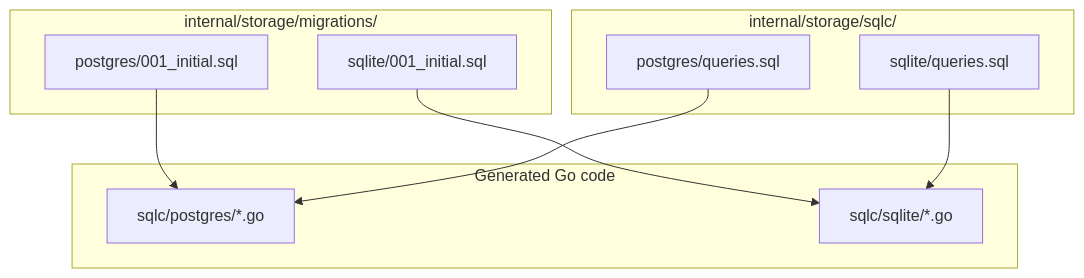
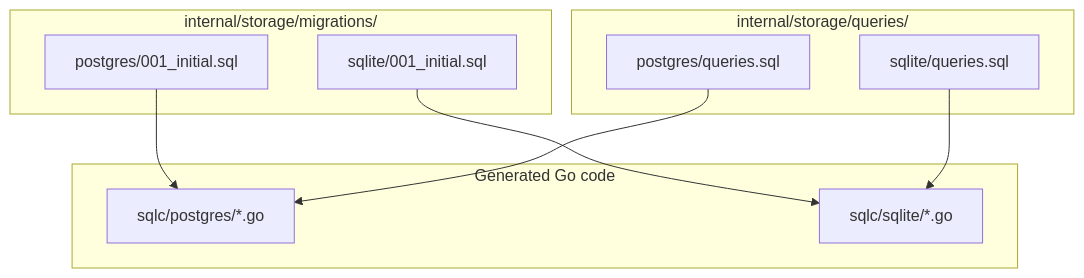
The third of 3 diagrams in docs/migrations.md (griffinskudder/updater), drawn with Mermaid before and after one commit. The commit also changed other lines of this file and 8 other files, not shown here.

````diff
--- a/docs/migrations.md
+++ b/docs/migrations.md
@@ -235,22 +235,22 @@
 ```mermaid
 flowchart TD
     subgraph migrations["internal/storage/migrations/"]
         M1[postgres/001_initial.sql]
         M2[sqlite/001_initial.sql]
     end
 
-    subgraph sqlc_queries["internal/storage/sqlc/"]
+    subgraph sqlc_queries["internal/storage/queries/"]
         Q1[postgres/queries.sql]
         Q2[sqlite/queries.sql]
     end
 
     subgraph generated["Generated Go code"]
         G1[sqlc/postgres/*.go]
         G2[sqlc/sqlite/*.go]
     end
 
     M1 --> G1
     Q1 --> G1
     M2 --> G2
     Q2 --> G2
 ```
````
